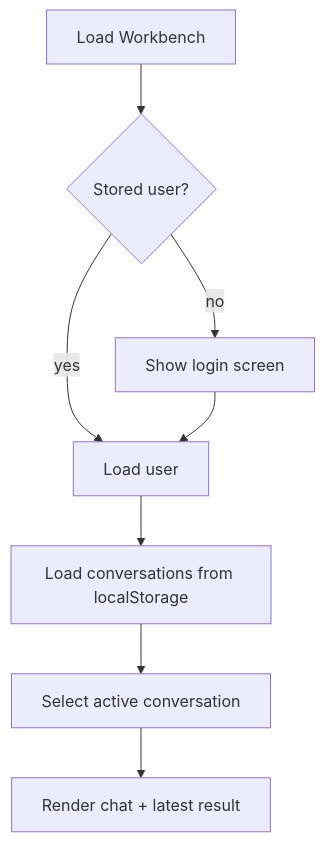
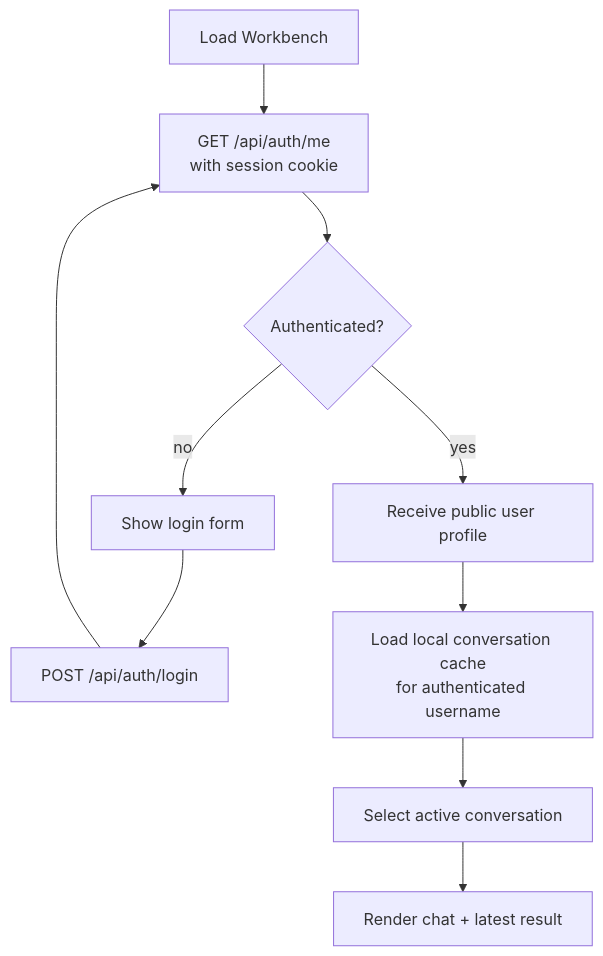
The fourth of 6 diagrams in web-ui/architecture.md (RadmirG/AES), drawn with Mermaid before and after one commit. The commit also changed other lines of this file and 32 other files, not shown here.

Commit message:
First user login slice and database sructture

````diff
--- a/web-ui/architecture.md
+++ b/web-ui/architecture.md
@@ -83,10 +88,12 @@
 ```mermaid
 flowchart TD
-    A["Load Workbench"] --> B{"Stored user?"}
-    B -->|no| C["Show login screen"]
-    B -->|yes| D["Load user"]
-    C --> D
-    D --> E["Load conversations from localStorage"]
-    E --> F["Select active conversation"]
-    F --> G["Render chat + latest result"]
+    A["Load Workbench"] --> B["GET /api/auth/me<br/>with session cookie"]
+    B --> C{"Authenticated?"}
+    C -->|no| D["Show login form"]
+    D --> E["POST /api/auth/login"]
+    E --> B
+    C -->|yes| F["Receive public user profile"]
+    F --> G["Load local conversation cache<br/>for authenticated username"]
+    G --> H["Select active conversation"]
+    H --> I["Render chat + latest result"]
 ```
````
